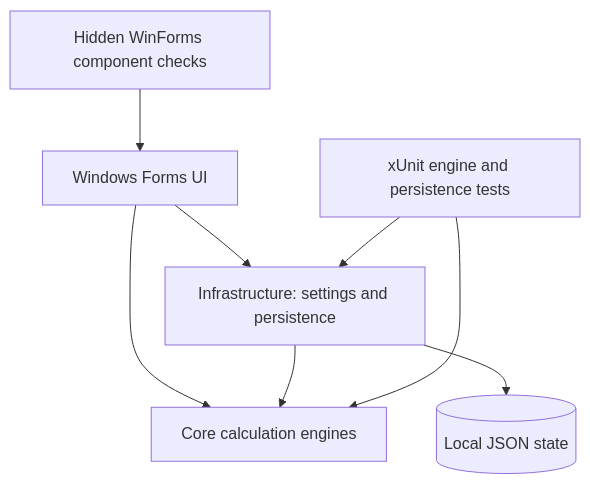
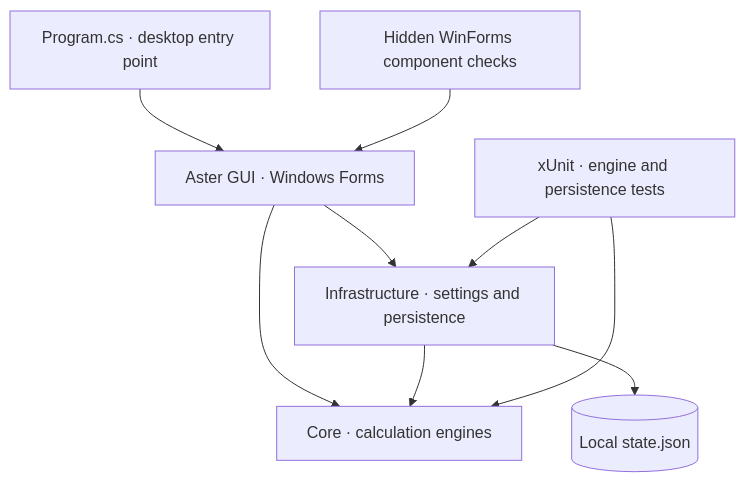
Before and after one commit to gcfernando/aster: the diagram in README.md, drawn with Mermaid. The commit also changed other lines of this file, not shown here.

First line of the commit message:
redesign README with Aster GUI showcase and usage guides

````diff
--- a/README.md
+++ b/README.md
@@ -236,10 +275,11 @@
 ```mermaid
 flowchart TD
-    UI[Windows Forms UI] --> Core[Core calculation engines]
-    UI --> Infra[Infrastructure: settings and persistence]
+    Entry["Program.cs · desktop entry point"] --> GUI["Aster GUI · Windows Forms"]
+    GUI --> Core["Core · calculation engines"]
+    GUI --> Infra["Infrastructure · settings and persistence"]
     Infra --> Core
-    Infra --> State[(Local JSON state)]
-    Tests[xUnit engine and persistence tests] --> Core
+    Infra --> State[("Local state.json")]
+    Tests["xUnit · engine and persistence tests"] --> Core
     Tests --> Infra
-    Checks[Hidden WinForms component checks] --> UI
+    Checks["Hidden WinForms component checks"] --> GUI
 ```
````
